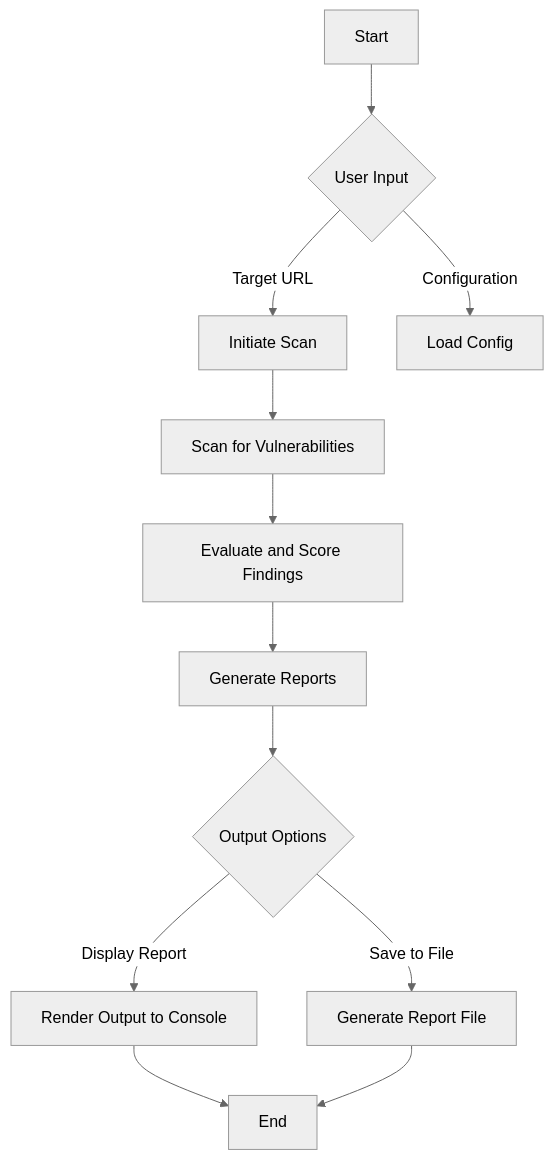
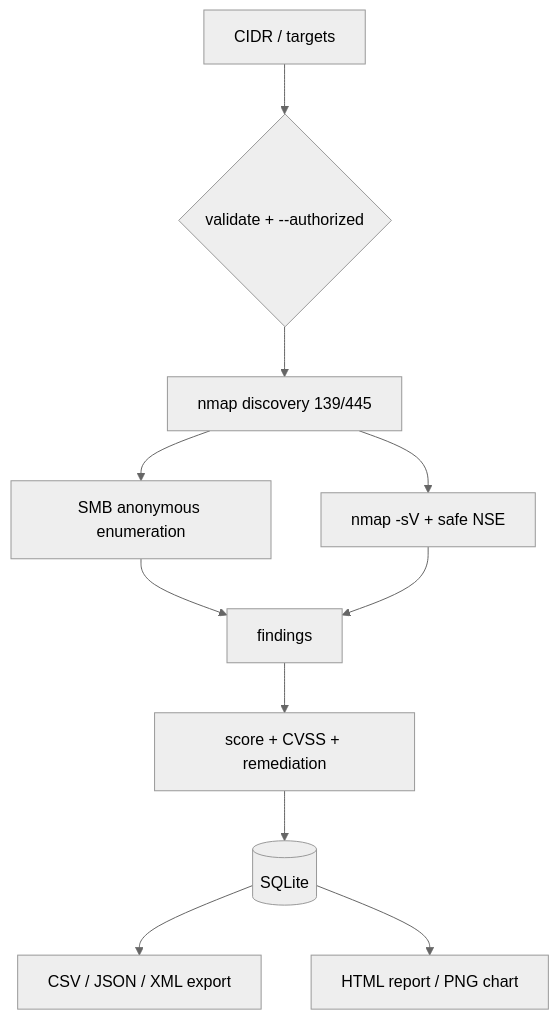
One commit to elithaxxor/VulnR_ScannR changed the diagram in README.md. Above: the diagram before and after it, drawn with Mermaid (neutral theme). The commit also changed other lines of this file and 40 other files, not shown here.

````diff
--- a/README.md
+++ b/README.md
@@ -73,14 +95,13 @@
 ```mermaid
 flowchart TD
-    A[Start] --> B{User Input}
-    B -->|Target URL| C[Initiate Scan]
-    B -->|Configuration| D[Load Config]
-    C --> E[Scan for Vulnerabilities]
-    E --> F[Evaluate and Score Findings]
-    F --> G[Generate Reports]
-    G --> H{Output Options}
-    H -->|Display Report| I[Render Output to Console]
-    H -->|Save to File| J[Generate Report File]
-    I --> K[End]
-    J --> K
+    A[CIDR / targets] --> V{validate + --authorized}
+    V --> D[nmap discovery 139/445]
+    D --> E[SMB anonymous enumeration]
+    D --> N[nmap -sV + safe NSE]
+    E --> F[findings]
+    N --> F
+    F --> S[score + CVSS + remediation]
+    S --> DB[(SQLite)]
+    DB --> X[CSV / JSON / XML export]
+    DB --> H[HTML report / PNG chart]
 ```
````
